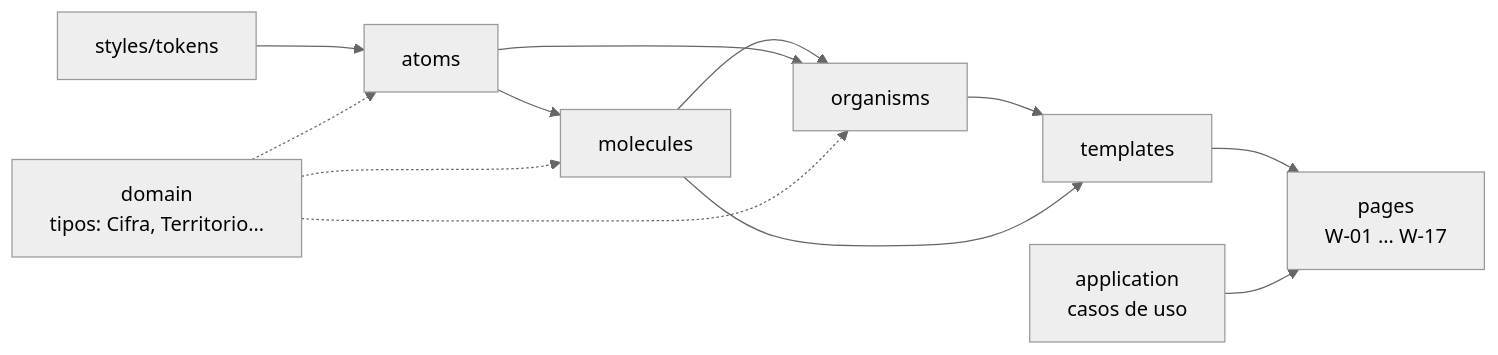
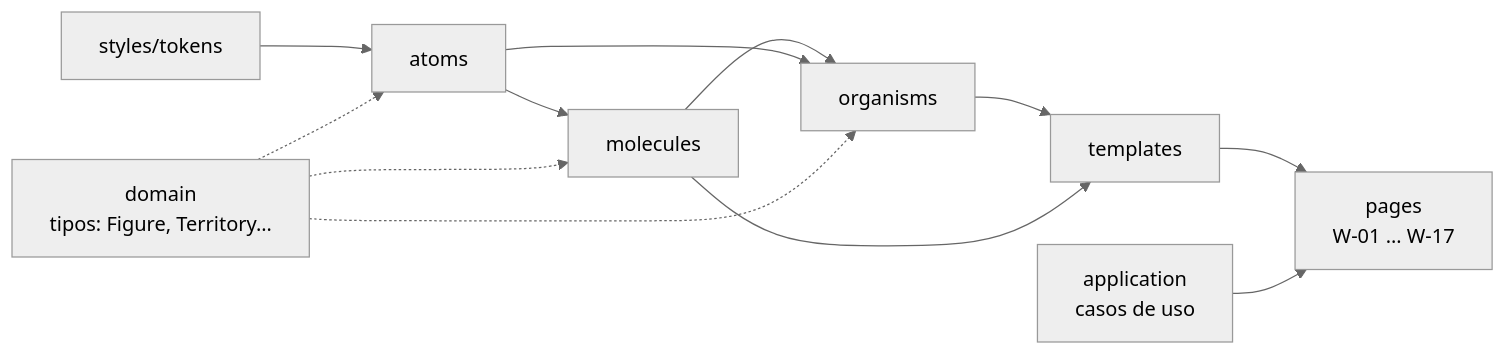
The diagram in apps/web/src/presentation/components/README.md (AzizaCorp/ReVoto), drawn with Mermaid (neutral theme) before and after one commit. The commit also changed other lines of this file and 318 other files, not shown here.

````diff
--- a/apps/web/src/presentation/components/README.md
+++ b/apps/web/src/presentation/components/README.md
@@ -5,12 +5,12 @@
 ```mermaid
 flowchart LR
     T["styles/tokens"] --> A["atoms"]
     A --> M["molecules"]
     M --> O["organisms"]
     A --> O
     O --> P["templates"]
     M --> P
     P --> W["pages<br/>W-01 … W-17"]
     UC["application<br/>casos de uso"] --> W
-    DOM["domain<br/>tipos: Cifra, Territorio…"] -.-> A & M & O
+    DOM["domain<br/>tipos: Figure, Territory…"] -.-> A & M & O
 ```
````
